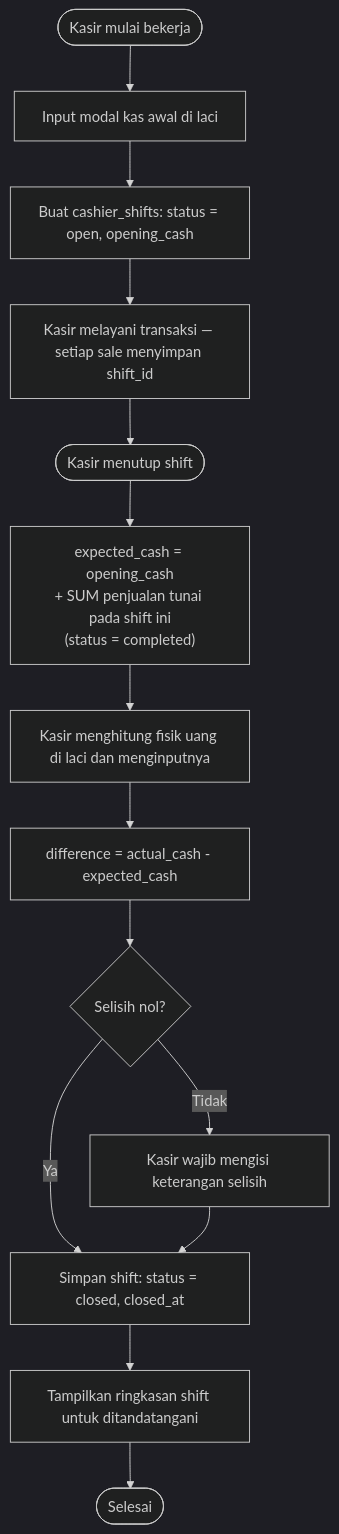
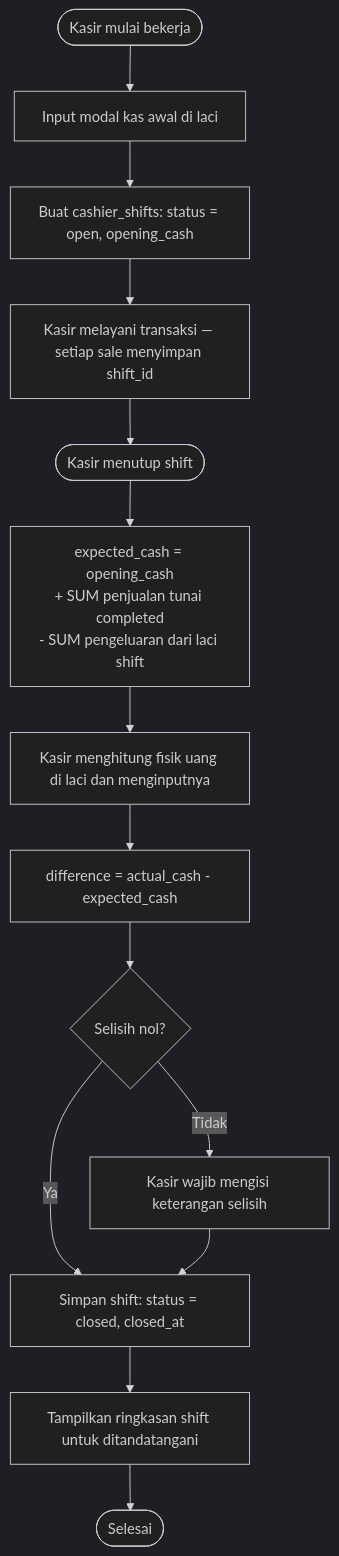
One commit to fahmibastari/pos-merbaoe changed the sixth of 6 diagrams in README.md. Above: the diagram before and after it, drawn with Mermaid (dark theme). The commit also changed other lines of this file and 84 other files, not shown here.

````diff
--- a/README.md
+++ b/README.md
@@ -1362,17 +1408,17 @@
 ```mermaid
 flowchart TD
     Start([Kasir mulai bekerja]) --> Open[Input modal kas awal di laci]
     Open --> Create["Buat cashier_shifts: status = open, opening_cash"]
     Create --> Work[Kasir melayani transaksi — setiap sale menyimpan shift_id]
 
     Work --> Close([Kasir menutup shift])
-    Close --> CalcExpected["expected_cash = opening_cash<br/>+ SUM penjualan tunai pada shift ini<br/>(status = completed)"]
+    Close --> CalcExpected["expected_cash = opening_cash<br/>+ SUM penjualan tunai completed<br/>- SUM pengeluaran dari laci shift"]
     CalcExpected --> InputActual[Kasir menghitung fisik uang di laci dan menginputnya]
     InputActual --> CalcDiff["difference = actual_cash - expected_cash"]
     CalcDiff --> CheckDiff{Selisih nol?}
     CheckDiff -- Tidak --> Note[Kasir wajib mengisi keterangan selisih]
     CheckDiff -- Ya --> Save
     Note --> Save[Simpan shift: status = closed, closed_at]
     Save --> Report[Tampilkan ringkasan shift untuk ditandatangani]
     Report --> End([Selesai])
 ```
````
